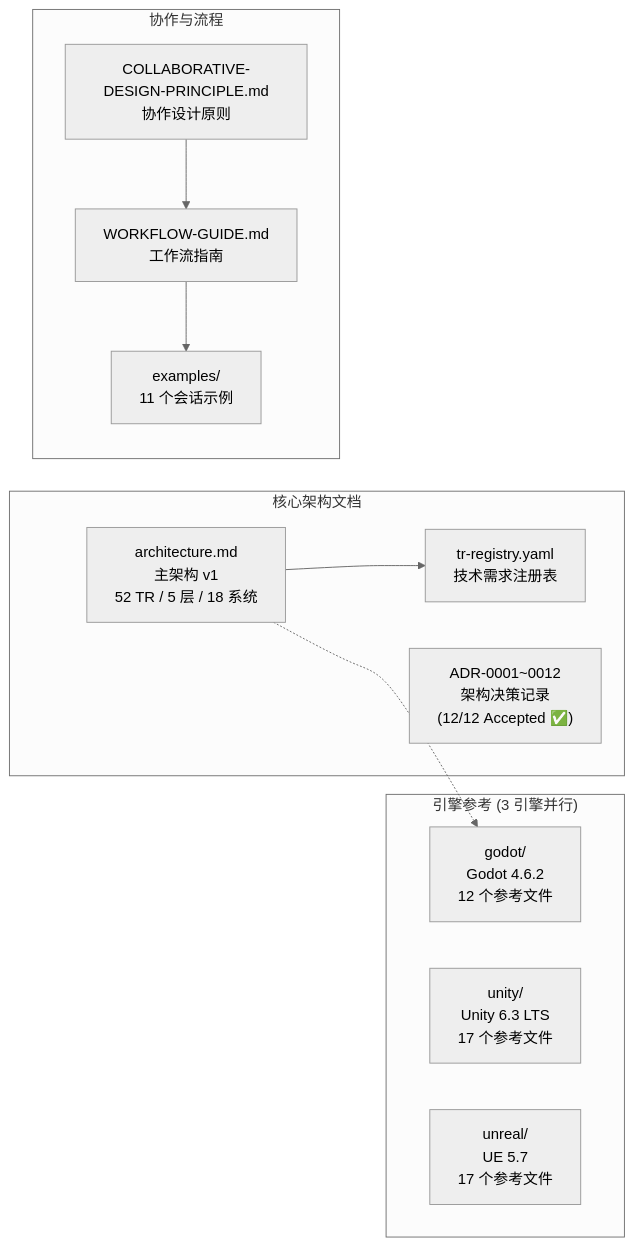
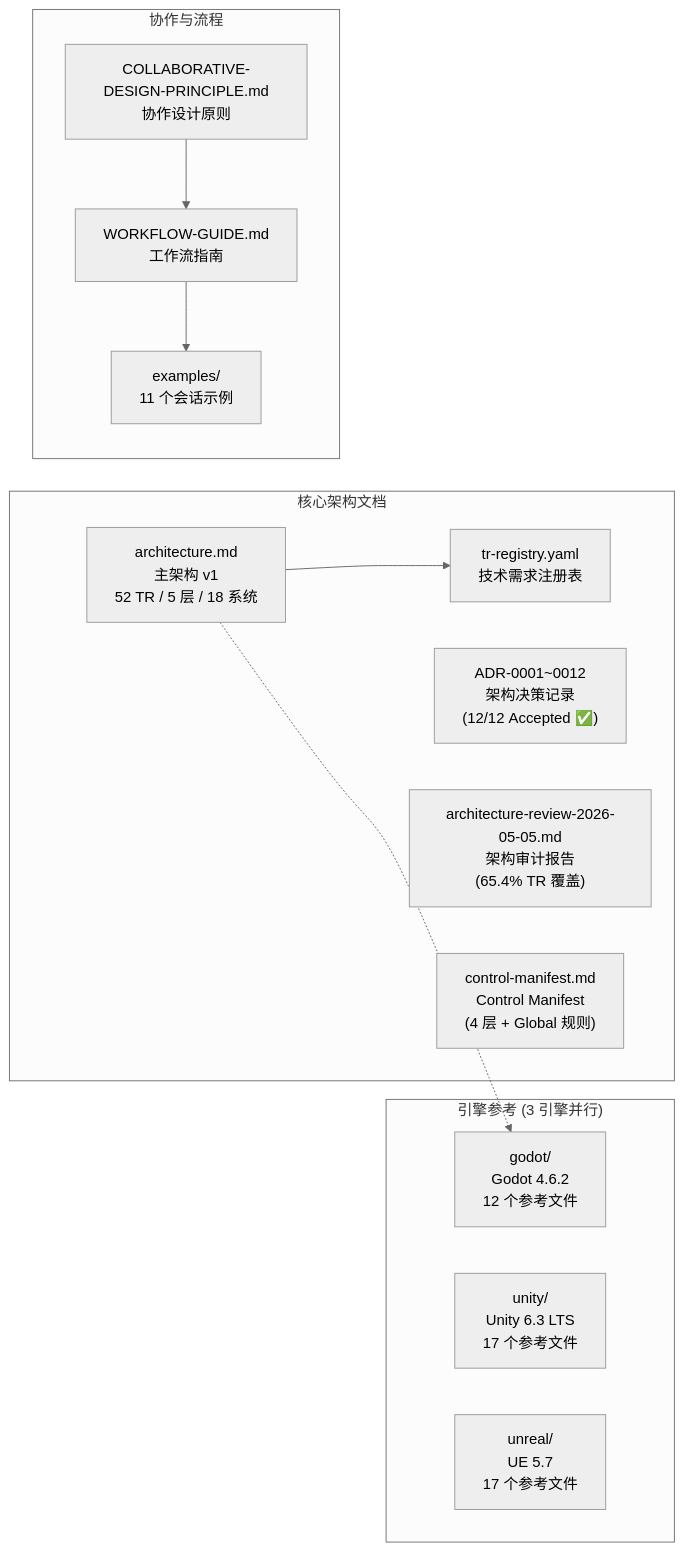
One commit to lieinsay/Claude-Code-Game-Studios changed the fifth of 9 diagrams in docs/document-index.md. Above: the diagram before and after it, drawn with Mermaid (neutral theme). The commit also changed other lines of this file, not shown here.

````diff
--- a/docs/document-index.md
+++ b/docs/document-index.md
@@ -349,25 +355,27 @@
 ```mermaid
 graph LR
     subgraph 核心架构["核心架构文档"]
         MA["architecture.md<br/>主架构 v1<br/>52 TR / 5 层 / 18 系统"]
         TR2["tr-registry.yaml<br/>技术需求注册表"]
         ADR["ADR-0001~0012<br/>架构决策记录<br/>(12/12 Accepted ✅)"]
+        ARREV["architecture-review-2026-05-05.md<br/>架构审计报告<br/>(65.4% TR 覆盖)"]
+        CM2["control-manifest.md<br/>Control Manifest<br/>(4 层 + Global 规则)"]
     end
 
     subgraph 引擎参考["引擎参考 (3 引擎并行)"]
         GODOT["godot/<br/>Godot 4.6.2<br/>12 个参考文件"]
         UNITY["unity/<br/>Unity 6.3 LTS<br/>17 个参考文件"]
         UNREAL["unreal/<br/>UE 5.7<br/>17 个参考文件"]
     end
 
     subgraph 协作规范["协作与流程"]
         CP["COLLABORATIVE-DESIGN-PRINCIPLE.md<br/>协作设计原则"]
         WG["WORKFLOW-GUIDE.md<br/>工作流指南"]
         EX["examples/<br/>11 个会话示例"]
     end
 
     MA --> TR2
     MA -.-> GODOT
     CP --> WG
     WG --> EX
 ```
````
